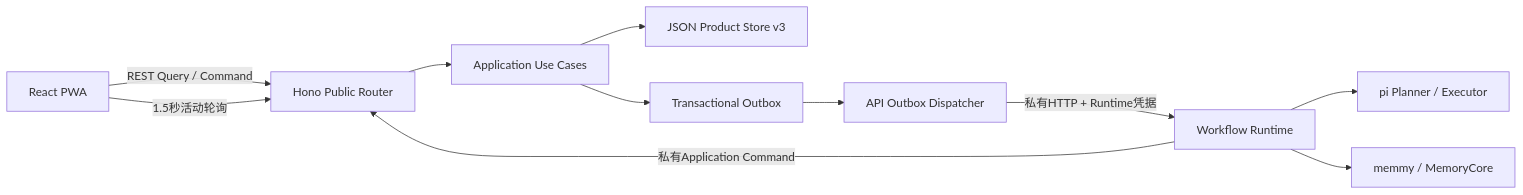
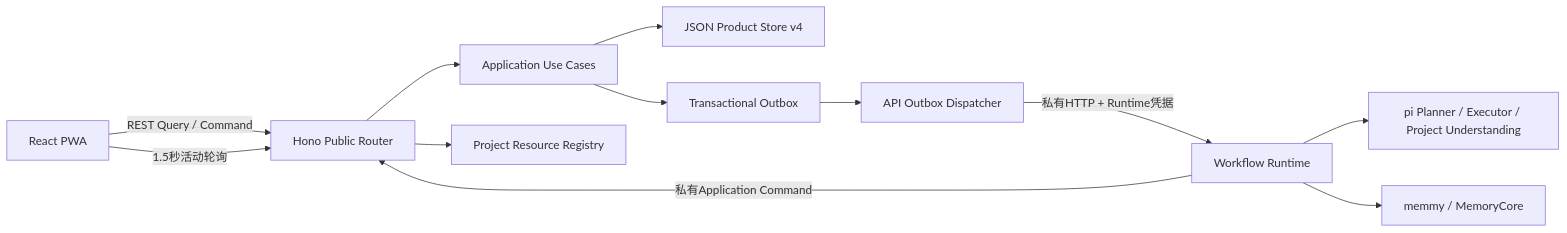
One commit to later-3/Chat changed the diagram in docs/architecture/frontend-backend-interaction.md. Above: the diagram before and after it, drawn with Mermaid. The commit also changed other lines of this file and 20 other files, not shown here.

````diff
--- a/docs/architecture/frontend-backend-interaction.md
+++ b/docs/architecture/frontend-backend-interaction.md
@@ -15,13 +15,14 @@
 ```mermaid
 flowchart LR
     WEB[React PWA] -->|REST Query / Command| API[Hono Public Router]
     API --> APP[Application Use Cases]
-    APP --> STORE[JSON Product Store v3]
+    APP --> STORE[JSON Product Store v4]
     APP --> OUTBOX[Transactional Outbox]
     OUTBOX --> DISPATCHER[API Outbox Dispatcher]
     DISPATCHER -->|私有HTTP + Runtime凭据| WFR[Workflow Runtime]
-    WFR --> PI[pi Planner / Executor]
+    WFR --> PI[pi Planner / Executor / Project Understanding]
     WFR --> MEM[memmy / MemoryCore]
+    API --> PRJ[Project Resource Registry]
     WFR -->|私有Application Command| API
     WEB -->|1.5秒活动轮询| API
 ```
````
